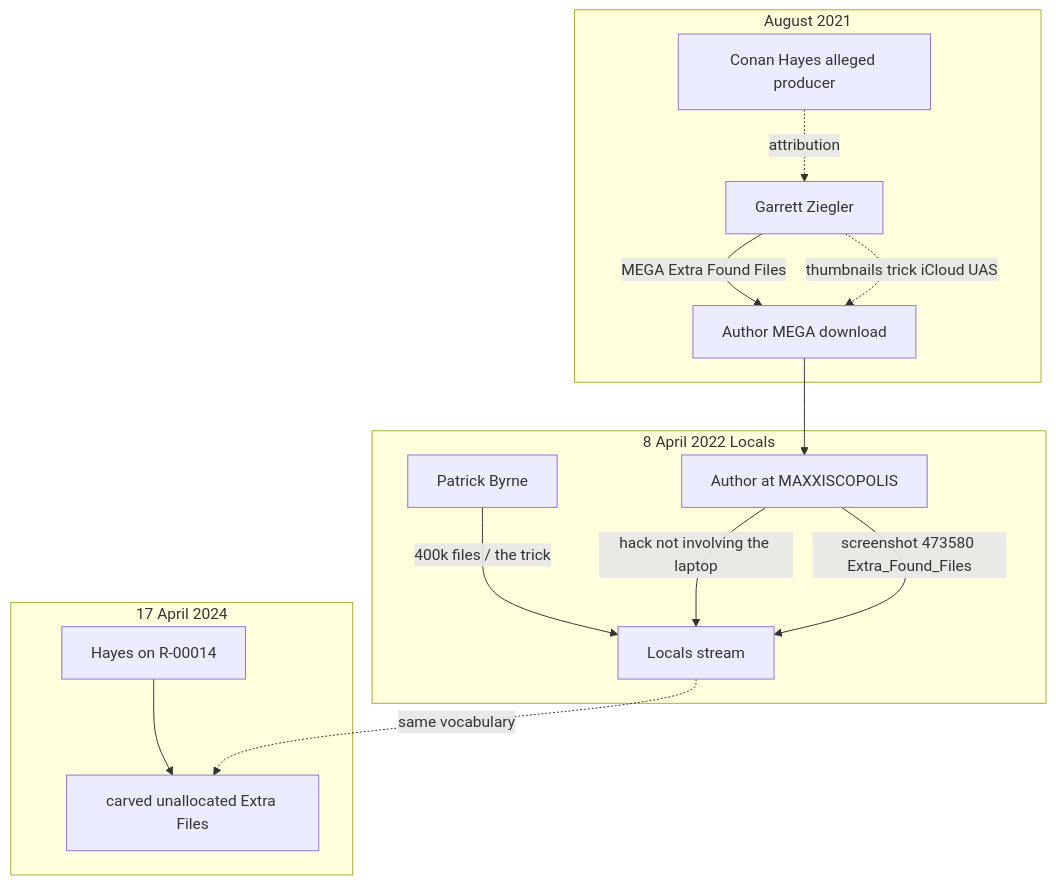
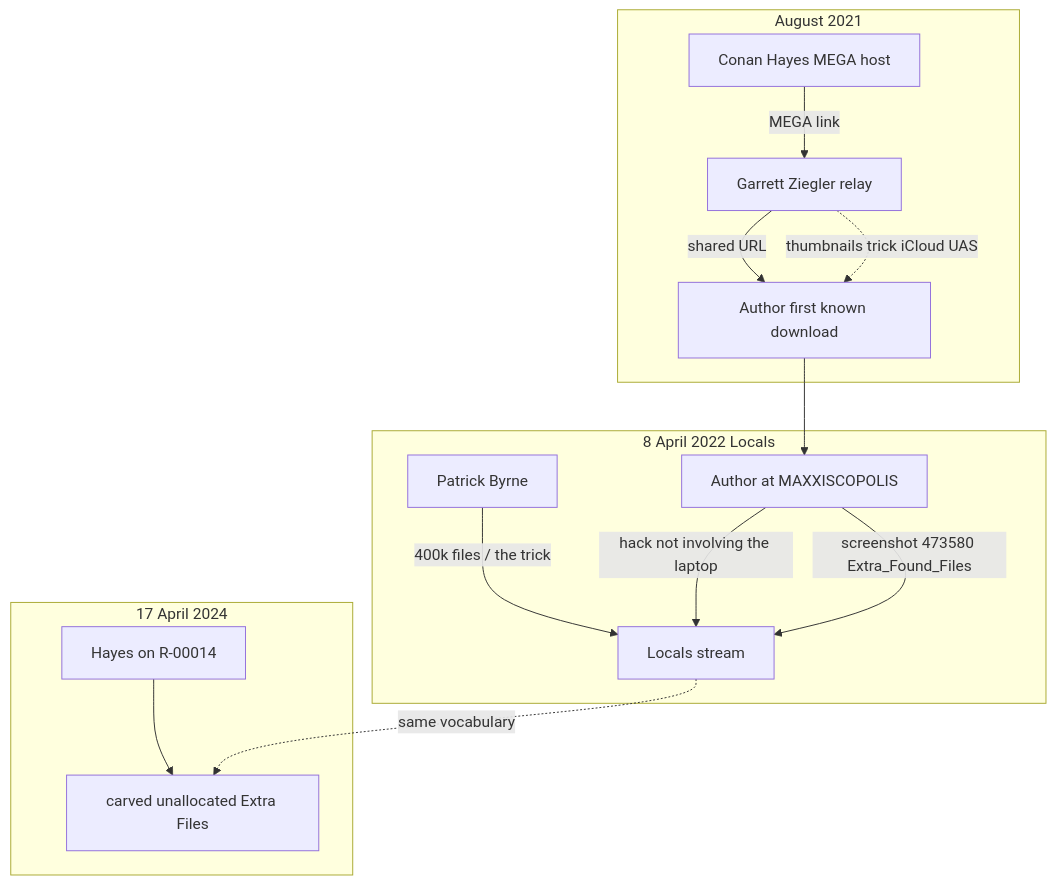
One commit to 459Crimes/HunterBidenLaptop_0728 changed the diagram in docs/diagrams/circular_custody.mmd. Above: the diagram before and after it, drawn with Mermaid. The commit also changed 18 other files, not shown here.

First line of the commit message:
Clarify 0728 MEGA provenance: Hayes link, Ziegler relay, first known download.

```diff
--- a/docs/diagrams/circular_custody.mmd
+++ b/docs/diagrams/circular_custody.mmd
@@ -1,27 +1,27 @@
 flowchart TB
   subgraph aug2021 [August 2021]
-    H[Conan Hayes alleged producer]
-    Z[Garrett Ziegler]
-    A[Author MEGA download]
-    H -.->|attribution| Z
-    Z -->|MEGA Extra Found Files| A
+    H[Conan Hayes MEGA host]
+    Z[Garrett Ziegler relay]
+    A[Author first known download]
+    H -->|MEGA link| Z
+    Z -->|shared URL| A
     Z -.->|thumbnails trick iCloud UAS| A
   end
 
   subgraph apr2022 [8 April 2022 Locals]
     B[Patrick Byrne]
     A2[Author at MAXXISCOPOLIS]
     Stream[Locals stream]
     B -->|400k files / the trick| Stream
     A2 -->|hack not involving the laptop| Stream
     A2 -->|screenshot 473580 Extra_Found_Files| Stream
   end
 
   subgraph apr2024 [17 April 2024]
     H2[Hayes on R-00014]
     Call[carved unallocated Extra Files]
     H2 --> Call
   end
 
   A --> A2
   Stream -.->|same vocabulary| Call
```
